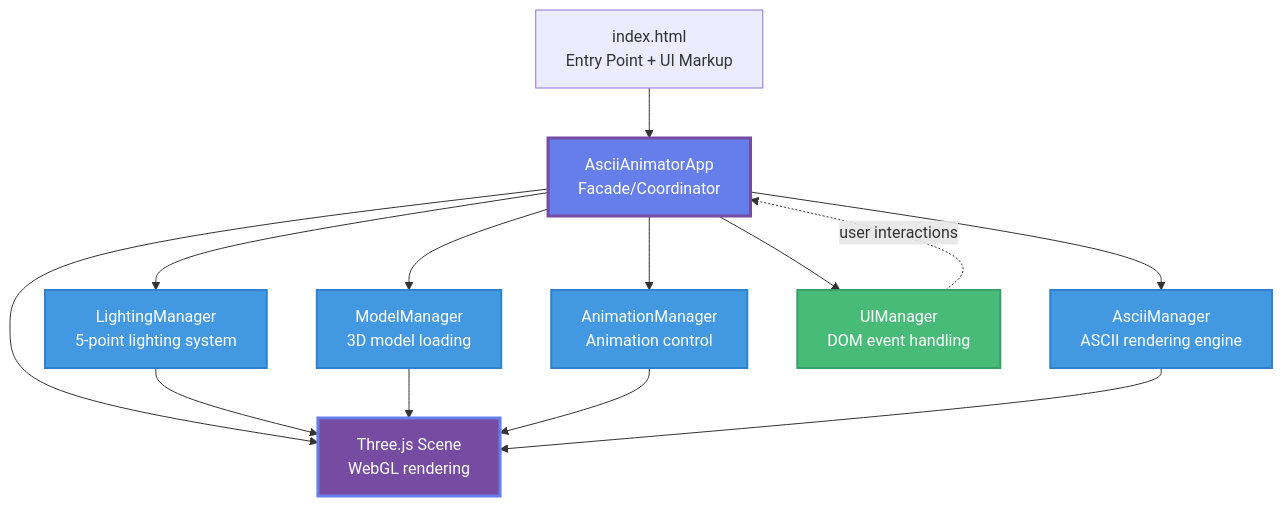
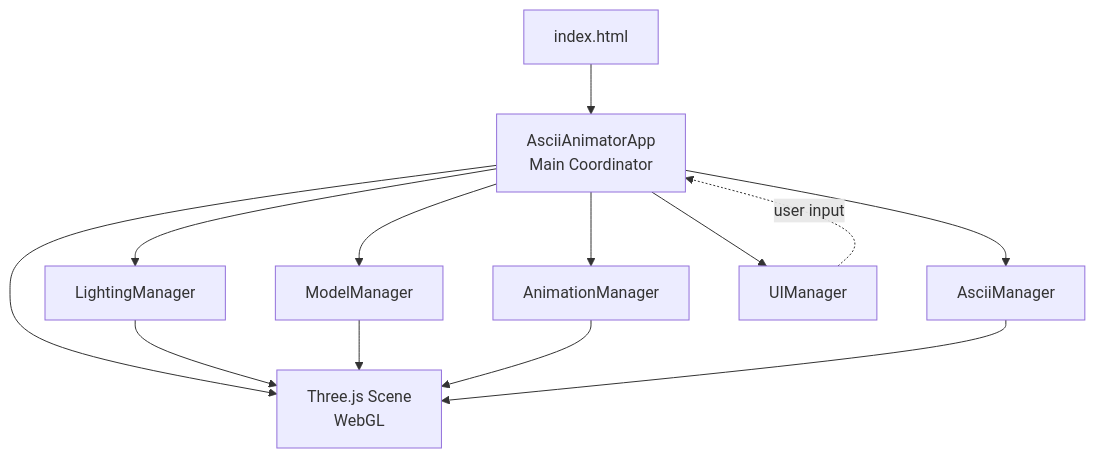
One commit to Zacsluss/ascii_3d_animator changed the diagram in README.md. Above: the diagram before and after it, drawn with Mermaid. The commit also changed other lines of this file and 2 other files, not shown here.

````diff
--- a/README.md
+++ b/README.md
@@ -241,25 +110,17 @@
 ```mermaid
 graph TD
-    A[index.html<br/>Entry Point + UI Markup] --> B[AsciiAnimatorApp<br/>Facade/Coordinator]
+    A[index.html] --> B[AsciiAnimatorApp<br/>Main Coordinator]
 
-    B --> C[LightingManager<br/>5-point lighting system]
-    B --> D[ModelManager<br/>3D model loading]
-    B --> E[AnimationManager<br/>Animation control]
-    B --> F[AsciiManager<br/>ASCII rendering engine]
-    B --> G[UIManager<br/>DOM event handling]
+    B --> C[LightingManager]
+    B --> D[ModelManager]
+    B --> E[AnimationManager]
+    B --> F[AsciiManager]
+    B --> G[UIManager]
 
-    G -.user interactions.-> B
-    B --> H[Three.js Scene<br/>WebGL rendering]
+    G -.user input.-> B
+    B --> H[Three.js Scene<br/>WebGL]
     C --> H
     D --> H
     E --> H
     F --> H
-
-    style B fill:#667eea,stroke:#764ba2,stroke-width:3px,color:#fff
-    style H fill:#764ba2,stroke:#667eea,stroke-width:3px,color:#fff
-    style G fill:#48bb78,stroke:#38a169,stroke-width:2px,color:#fff
-    style C fill:#4299e1,stroke:#3182ce,stroke-width:2px,color:#fff
-    style D fill:#4299e1,stroke:#3182ce,stroke-width:2px,color:#fff
-    style E fill:#4299e1,stroke:#3182ce,stroke-width:2px,color:#fff
-    style F fill:#4299e1,stroke:#3182ce,stroke-width:2px,color:#fff
 ```
````
